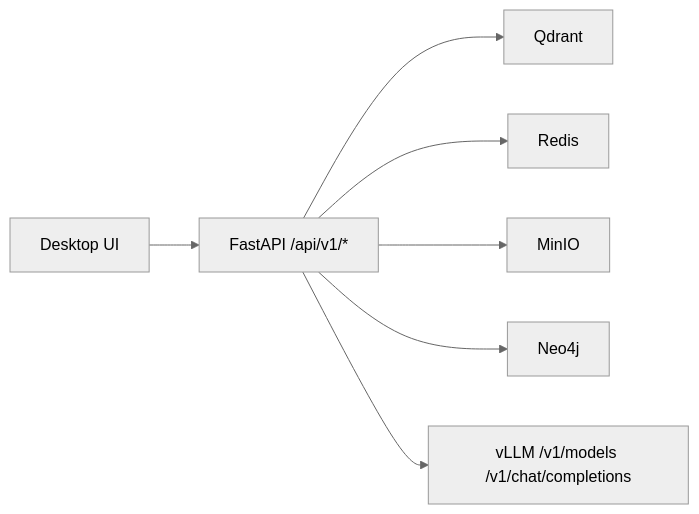
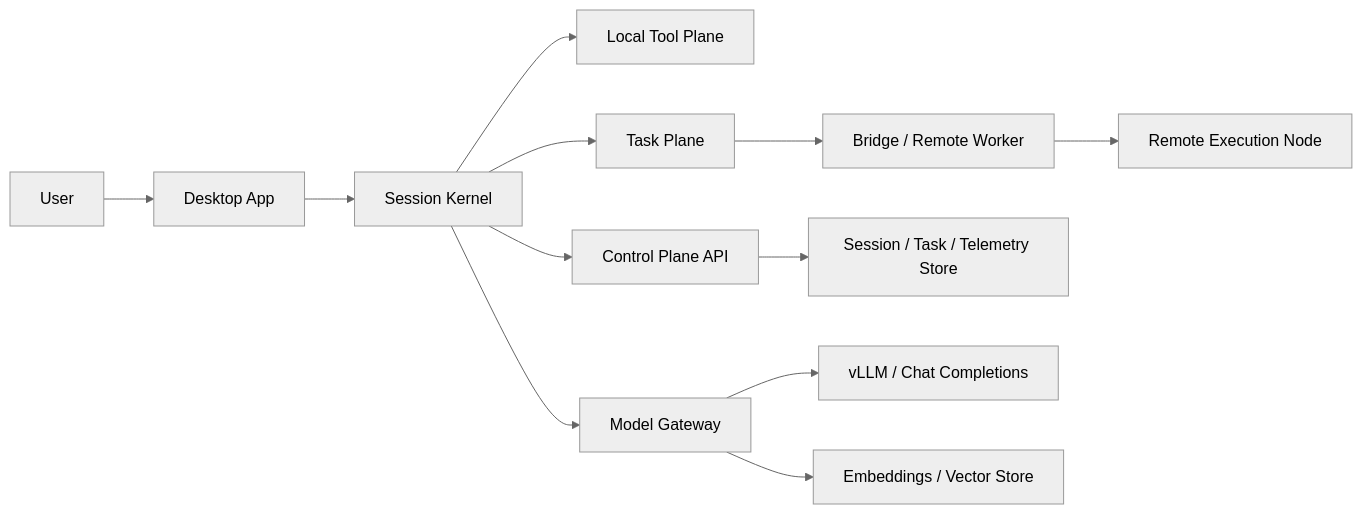
One commit to needitem/pixllm changed the diagram in docs/01-overview/시스템_상세_아키텍처_설계.md. Above: the diagram before and after it, drawn with Mermaid (neutral theme). The commit also changed other lines of this file and 94 other files, not shown here.

Commit message:
Refactor desktop agent runtime and remove legacy chat stack

````diff
--- a/docs/01-overview/시스템_상세_아키텍처_설계.md
+++ b/docs/01-overview/시스템_상세_아키텍처_설계.md
@@ -18,9 +44,14 @@
 ```mermaid
 flowchart LR
-    UI["Desktop UI"] --> API["FastAPI /api/v1/*"]
-    API --> Q["Qdrant"]
-    API --> R["Redis"]
-    API --> M["MinIO"]
-    API --> N["Neo4j"]
-    API --> V["vLLM /v1/models /v1/chat/completions"]
+    USER["User"] --> DESKTOP["Desktop App"]
+    DESKTOP --> KERNEL["Session Kernel"]
+    KERNEL --> TOOLS["Local Tool Plane"]
+    KERNEL --> TASKS["Task Plane"]
+    KERNEL --> CTRL["Control Plane API"]
+    KERNEL --> MODEL["Model Gateway"]
+    TASKS --> BRIDGE["Bridge / Remote Worker"]
+    CTRL --> STORE["Session / Task / Telemetry Store"]
+    MODEL --> VLLM["vLLM / Chat Completions"]
+    MODEL --> EMB["Embeddings / Vector Store"]
+    BRIDGE --> REMOTE["Remote Execution Node"]
 ```
````
